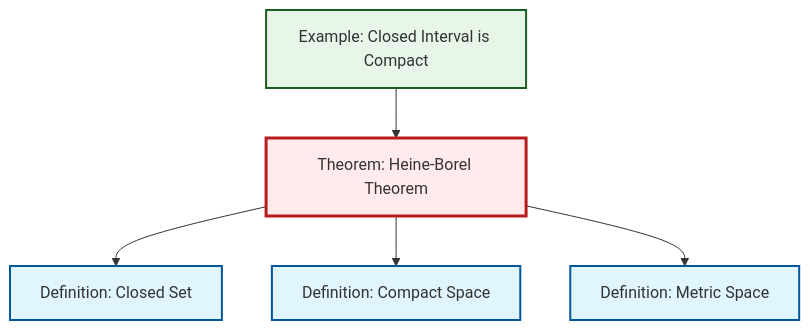
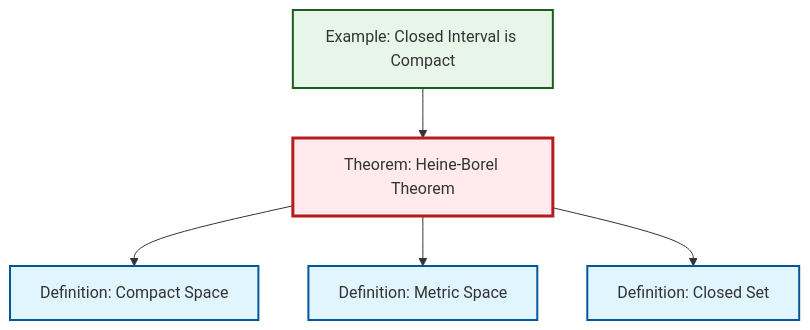
Before and after one commit to RK0429/ModernMath: the diagram in content/ja/topology/thm-heine-borel.qmd, drawn with Mermaid. The commit also changed other lines of this file and 581 other files, not shown here.

````diff
--- a/content/ja/topology/thm-heine-borel.qmd
+++ b/content/ja/topology/thm-heine-borel.qmd
@@ -49,23 +49,23 @@
 ```{mermaid}
 %%| fig-cap: "Local dependency graph"
 graph TD
     classDef definition fill:#e1f5fe,stroke:#01579b,stroke-width:2px
     classDef theorem fill:#f3e5f5,stroke:#4a148c,stroke-width:2px
     classDef axiom fill:#fff3e0,stroke:#e65100,stroke-width:2px
     classDef example fill:#e8f5e9,stroke:#1b5e20,stroke-width:2px
     classDef current fill:#ffebee,stroke:#b71c1c,stroke-width:3px
-    thm-heine-borel["Theorem: Heine-Borel Theorem"]:::theorem
     def-compact["Definition: Compact Space"]:::definition
     def-closed-set["Definition: Closed Set"]:::definition
+    thm-heine-borel["Theorem: Heine-Borel Theorem"]:::theorem
+    ex-closed-interval-compact["Example: Closed Interval is Compact"]:::example
     def-metric-space["Definition: Metric Space"]:::definition
-    ex-closed-interval-compact["Example: Closed Interval is Compact"]:::example
+    thm-heine-borel --> def-compact
     ex-closed-interval-compact --> thm-heine-borel
+    thm-heine-borel --> def-metric-space
     thm-heine-borel --> def-closed-set
-    thm-heine-borel --> def-compact
-    thm-heine-borel --> def-metric-space
     class thm-heine-borel current
     click def-compact "def-compact.html" "Definition: Compact Spaceへ"
     click def-closed-set "def-closed-set.html" "Definition: Closed Setへ"
+    click ex-closed-interval-compact "ex-closed-interval-compact.html" "Example: Closed Interval is Compactへ"
     click def-metric-space "def-metric-space.html" "Definition: Metric Spaceへ"
-    click ex-closed-interval-compact "ex-closed-interval-compact.html" "Example: Closed Interval is Compactへ"
 ```
````
